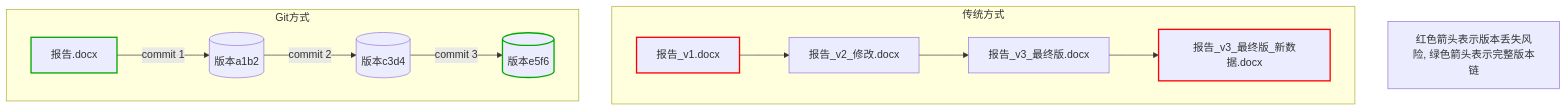
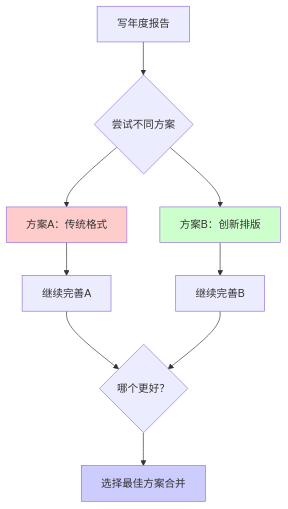
The second of 7 diagrams in docs/GitBasicIntroduction.md (a869320750/gitlabtutorial), drawn with Mermaid before and after one commit. The commit also changed other lines of this file, not shown here.

````diff
--- a/docs/GitBasicIntroduction.md
+++ b/docs/GitBasicIntroduction.md
@@ -27,21 +51,15 @@
 ```mermaid
-flowchart TB
-    subgraph 传统方式
-        A[报告_v1.docx] --> B[报告_v2_修改.docx]
-        B --> C[报告_v3_最终版.docx]
-        C --> D[报告_v3_最终版_新数据.docx]
-        style A stroke:#f00,stroke-width:2px
-        style D stroke:#f00,stroke-width:2px
-    end
+flowchart TD
+    A[写年度报告] --> B{尝试不同方案}
+    B --> C[方案A：传统格式]
+    B --> D[方案B：创新排版]
+    C --> E[继续完善A]
+    D --> F[继续完善B]
+    E --> G{哪个更好？}
+    F --> G
+    G --> H[选择最佳方案合并]
     
-    subgraph Git方式
-        G[报告.docx] -- commit 1 --> H[(版本a1b2)]
-        H -- commit 2 --> I[(版本c3d4)]
-        I -- commit 3 --> J[(版本e5f6)]
-        style G stroke:#0a0,stroke-width:2px
-        style J stroke:#0a0,stroke-width:2px
-    end
-    
-    note[红色箭头表示版本丢失风险, 绿色箭头表示完整版本链]
-
+    style C fill:#ffcccc
+    style D fill:#ccffcc
+    style H fill:#ccccff
 ```
````
